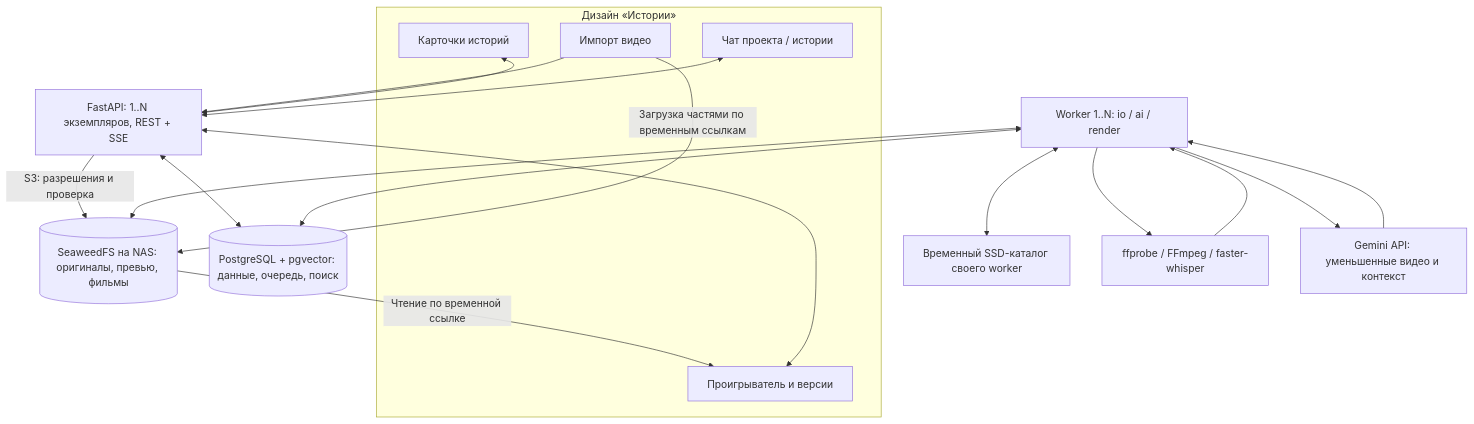
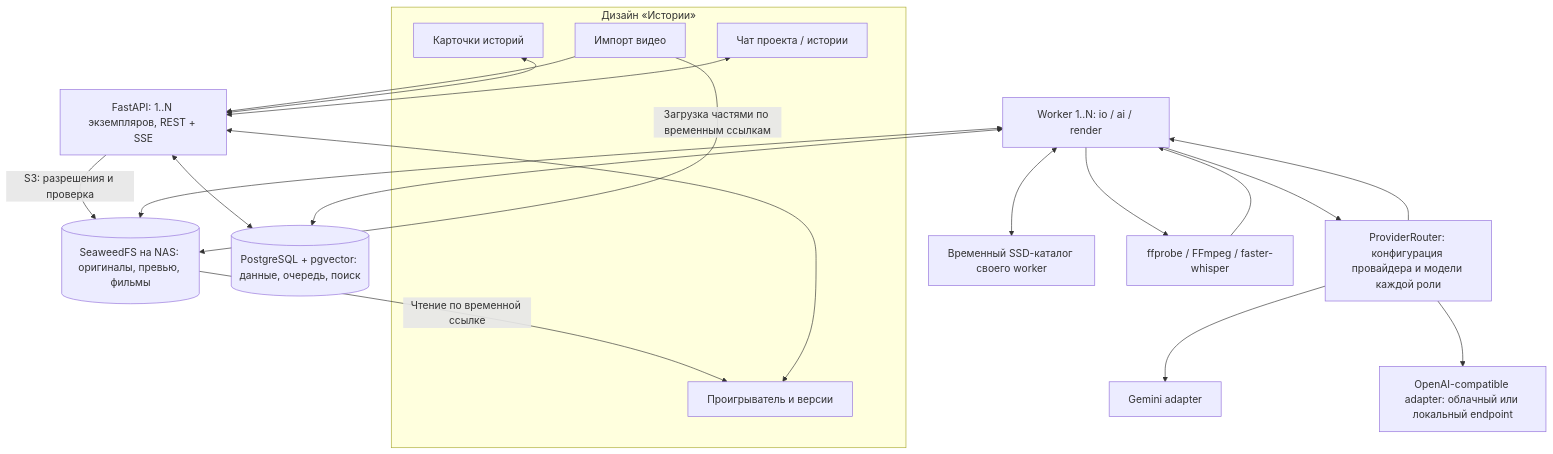
The second of 3 diagrams in docs/architecture.md (Chaapa/VMerger), drawn with Mermaid before and after one commit. The commit also changed other lines of this file and 7 other files, not shown here.

````diff
--- a/docs/architecture.md
+++ b/docs/architecture.md
@@ -63,24 +63,26 @@
 ```mermaid
 flowchart TB
     subgraph UI["Дизайн «Истории»"]
         U["Импорт видео"]
         S["Карточки историй"]
         P["Проигрыватель и версии"]
         C["Чат проекта / истории"]
     end
     U --> API["FastAPI: 1..N экземпляров, REST + SSE"]
     S <--> API
     P <--> API
     C <--> API
     API <--> DB[("PostgreSQL + pgvector: данные, очередь, поиск")]
     API -->|"S3: разрешения и проверка"| FS[("SeaweedFS на NAS: оригиналы, превью, фильмы")]
     U -->|"Загрузка частями по временным ссылкам"| FS
     FS -->|"Чтение по временной ссылке"| P
     W["Worker 1..N: io / ai / render"] <--> DB
     W <--> FS
     W <--> TMP["Временный SSD-каталог своего worker"]
     W --> MEDIA["ffprobe / FFmpeg / faster-whisper"]
-    W --> AI["Gemini API: уменьшенные видео и контекст"]
+    W --> AI["ProviderRouter: конфигурация провайдера и модели каждой роли"]
+    AI --> GA["Gemini adapter"]
+    AI --> OA["OpenAI-compatible adapter: облачный или локальный endpoint"]
     AI --> W
     MEDIA --> W
 ```
````
